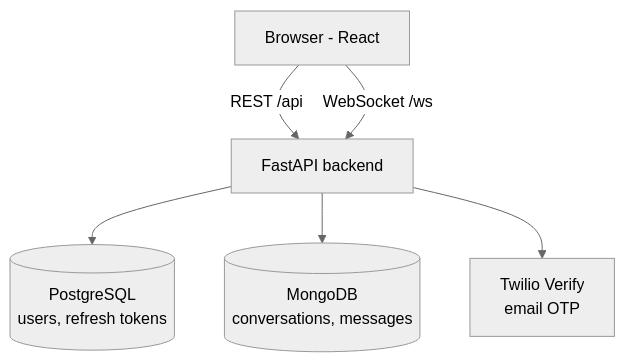
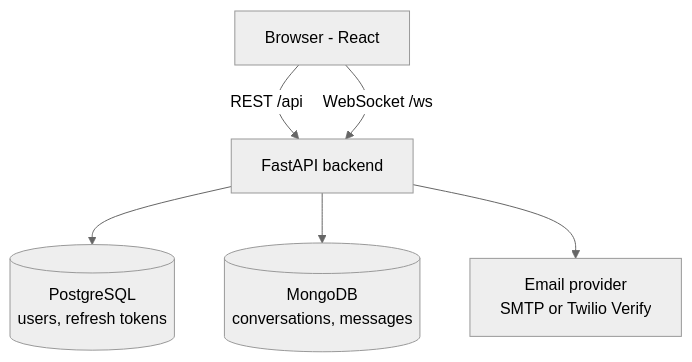
Before and after one commit to rajajainds/webchat: the diagram in README.md, drawn with Mermaid (neutral theme). The commit also changed other lines of this file and 9 other files, not shown here.

````diff
--- a/README.md
+++ b/README.md
@@ -26,8 +26,8 @@
 ```mermaid
 flowchart TD
     B[Browser - React] -->|REST /api| A[FastAPI backend]
     B -->|WebSocket /ws| A
     A --> P[(PostgreSQL<br/>users, refresh tokens)]
     A --> M[(MongoDB<br/>conversations, messages)]
-    A --> T[Twilio Verify<br/>email OTP]
+    A --> T[Email provider<br/>SMTP or Twilio Verify]
 ```
````
